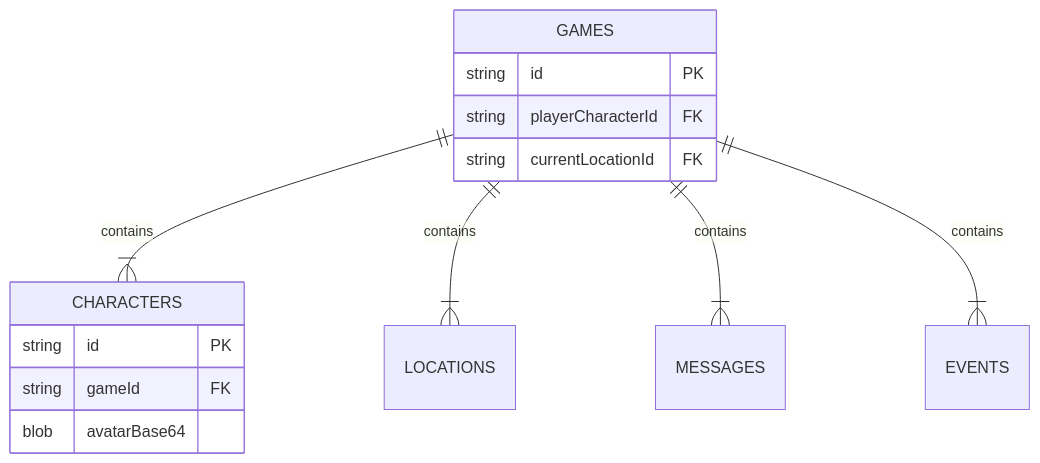
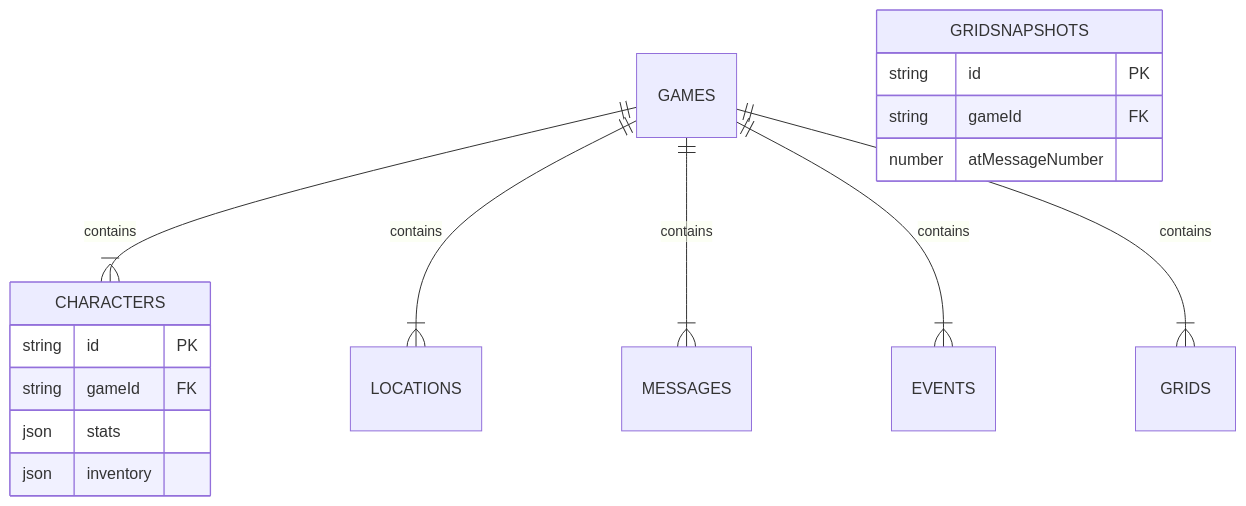
The diagram in docs/database_structure.md (frederico-kluser/storywell.games), drawn with Mermaid before and after one commit. The commit also changed other lines of this file and 5 other files, not shown here.

````diff
--- a/docs/database_structure.md
+++ b/docs/database_structure.md
@@ -71,19 +49,21 @@
 ```mermaid
 erDiagram
     GAMES ||--|{ CHARACTERS : contains
     GAMES ||--|{ LOCATIONS : contains
     GAMES ||--|{ MESSAGES : contains
     GAMES ||--|{ EVENTS : contains
-    
-    GAMES {
-        string id PK
-        string playerCharacterId FK
-        string currentLocationId FK
-    }
-    
+    GAMES ||--|{ GRIDS : contains
+
     CHARACTERS {
         string id PK
         string gameId FK
-        blob avatarBase64
+        json stats
+        json inventory
+    }
+
+    GRIDSNAPSHOTS {
+        string id PK
+        string gameId FK
+        number atMessageNumber
     }
 ```
````
